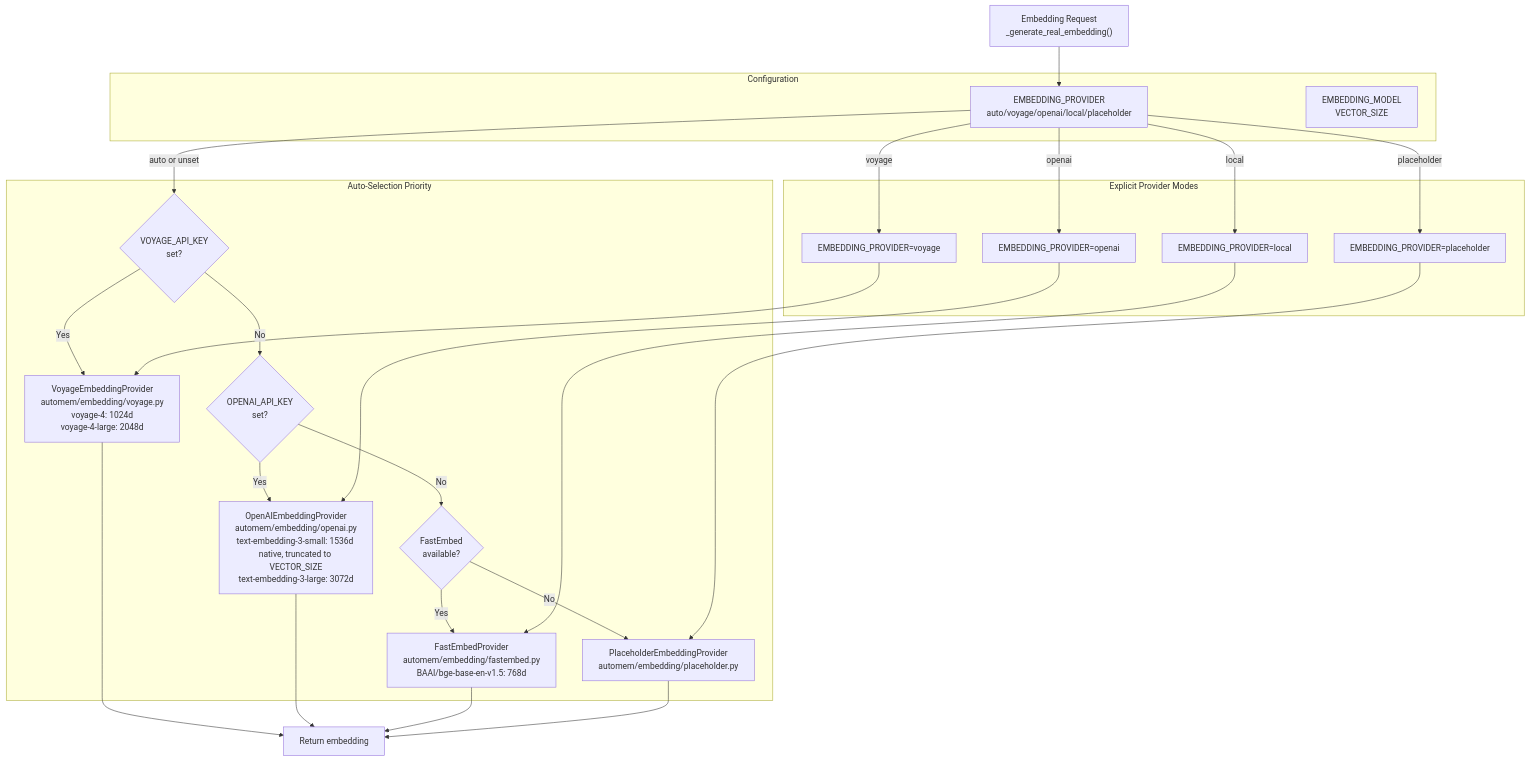
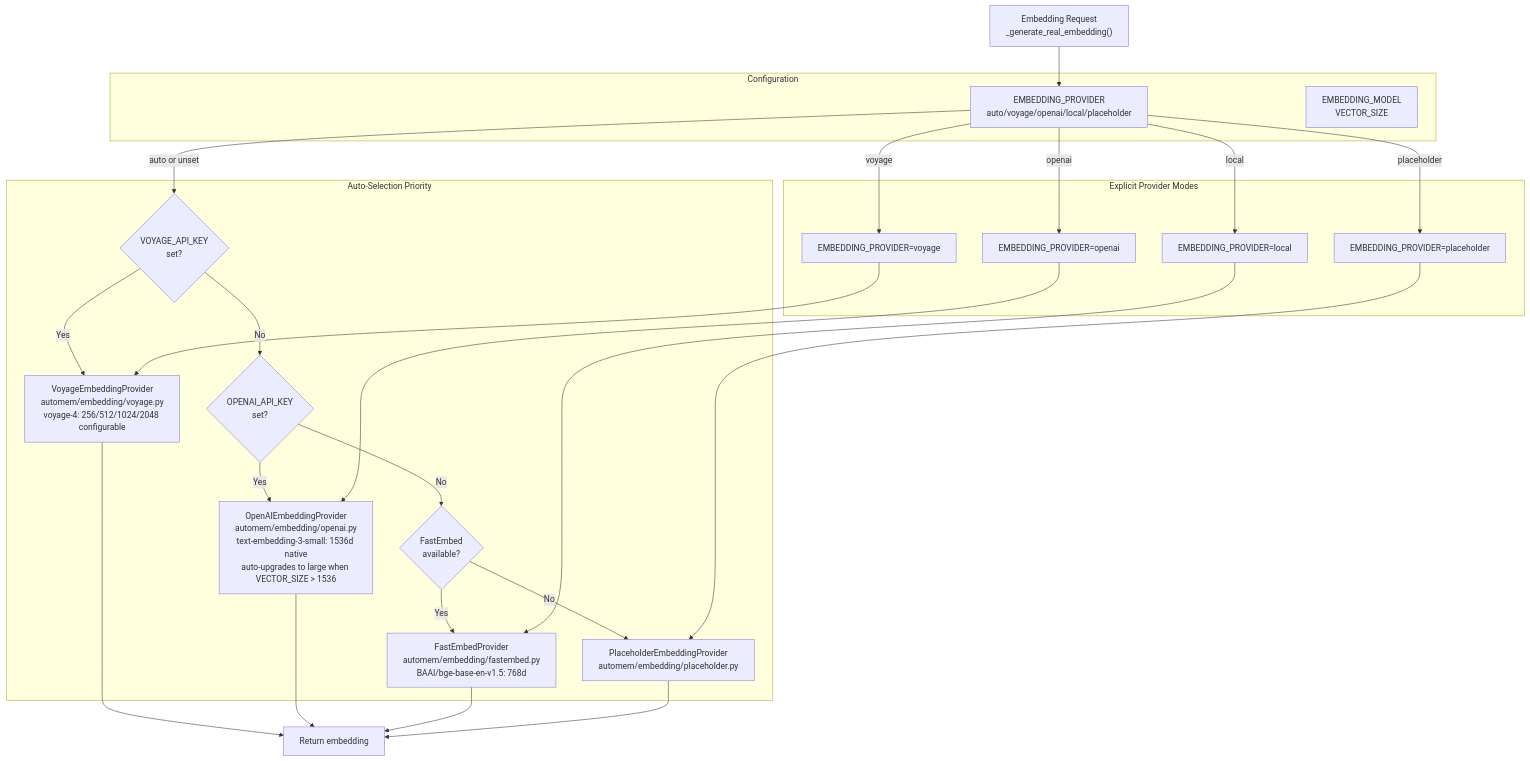
One commit to verygoodplugins/automem-website changed the sixth of 6 diagrams in src/content/docs/docs/overview.md. Above: the diagram before and after it, drawn with Mermaid. The commit also changed other lines of this file and 21 other files, not shown here.

````diff
--- a/src/content/docs/docs/overview.md
+++ b/src/content/docs/docs/overview.md
@@ -400,52 +400,52 @@
 ```mermaid
 graph TB
     Start["Embedding Request<br/>_generate_real_embedding()"]
 
     subgraph config["Configuration"]
         EnvProvider["EMBEDDING_PROVIDER<br/>auto/voyage/openai/local/placeholder"]
         EnvModel["EMBEDDING_MODEL<br/>VECTOR_SIZE"]
     end
 
     subgraph auto_select["Auto-Selection Priority"]
         CheckVoyage{"VOYAGE_API_KEY<br/>set?"}
         CheckOpenAI{"OPENAI_API_KEY<br/>set?"}
         CheckFastEmbed{"FastEmbed<br/>available?"}
         UsePlaceholder["PlaceholderEmbeddingProvider<br/>automem/embedding/placeholder.py"]
 
-        Voyage["VoyageEmbeddingProvider<br/>automem/embedding/voyage.py<br/>voyage-4: 1024d<br/>voyage-4-large: 2048d"]
-        OpenAI["OpenAIEmbeddingProvider<br/>automem/embedding/openai.py<br/>text-embedding-3-small: 1536d native, truncated to VECTOR_SIZE<br/>text-embedding-3-large: 3072d"]
+        Voyage["VoyageEmbeddingProvider<br/>automem/embedding/voyage.py<br/>voyage-4: 256/512/1024/2048 configurable"]
+        OpenAI["OpenAIEmbeddingProvider<br/>automem/embedding/openai.py<br/>text-embedding-3-small: 1536d native<br/>auto-upgrades to large when VECTOR_SIZE > 1536"]
         FastEmbed["FastEmbedProvider<br/>automem/embedding/fastembed.py<br/>BAAI/bge-base-en-v1.5: 768d"]
     end
 
     subgraph explicit["Explicit Provider Modes"]
         ForceVoyage["EMBEDDING_PROVIDER=voyage"]
         ForceOpenAI["EMBEDDING_PROVIDER=openai"]
         ForceLocal["EMBEDDING_PROVIDER=local"]
         ForcePlaceholder["EMBEDDING_PROVIDER=placeholder"]
     end
 
     Start --> EnvProvider
 
     EnvProvider -->|"auto or unset"| CheckVoyage
     EnvProvider -->|"voyage"| ForceVoyage
     EnvProvider -->|"openai"| ForceOpenAI
     EnvProvider -->|"local"| ForceLocal
     EnvProvider -->|"placeholder"| ForcePlaceholder
 
     CheckVoyage -->|"Yes"| Voyage
     CheckVoyage -->|"No"| CheckOpenAI
     CheckOpenAI -->|"Yes"| OpenAI
     CheckOpenAI -->|"No"| CheckFastEmbed
     CheckFastEmbed -->|"Yes"| FastEmbed
     CheckFastEmbed -->|"No"| UsePlaceholder
 
     ForceVoyage --> Voyage
     ForceOpenAI --> OpenAI
     ForceLocal --> FastEmbed
     ForcePlaceholder --> UsePlaceholder
 
     Voyage --> Result["Return embedding"]
     OpenAI --> Result
     FastEmbed --> Result
     UsePlaceholder --> Result
 ```
````
